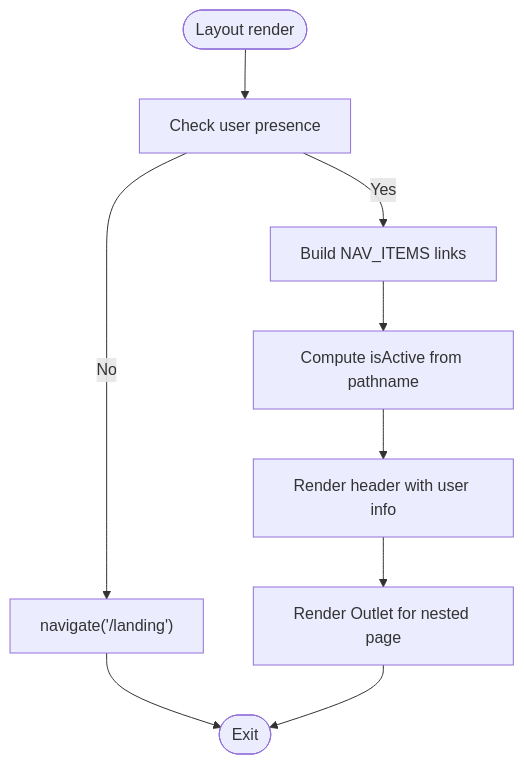
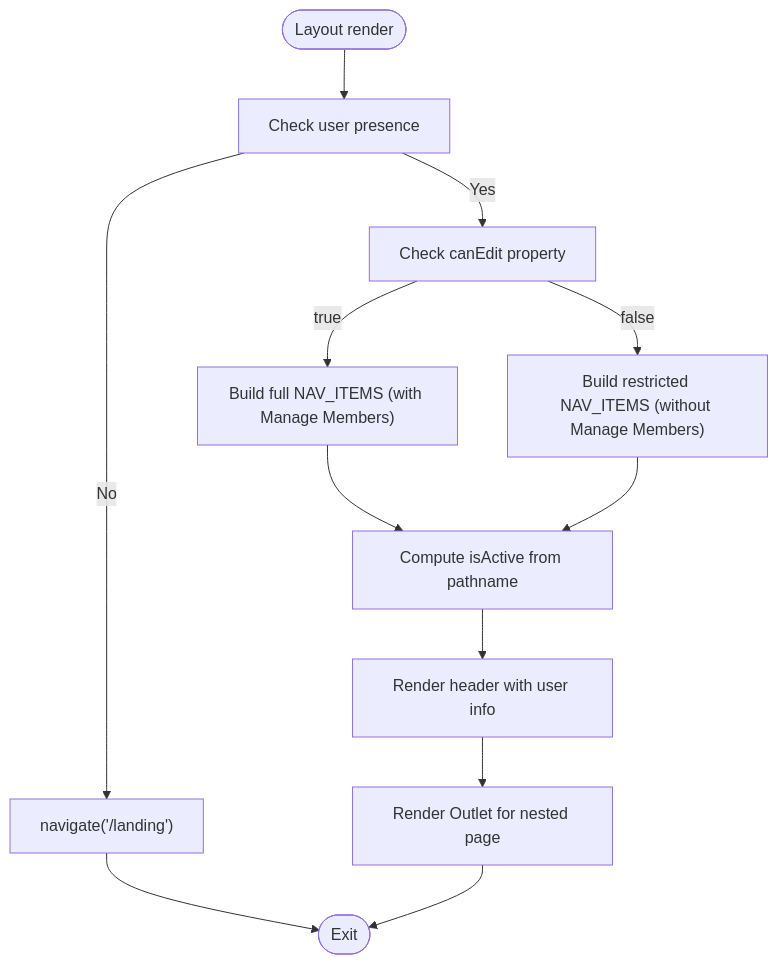
Before and after one commit to netdaniel/serveflow: the third of 5 diagrams in .qoder/repowiki/en/content/Component Architecture/Layout System.md, drawn with Mermaid. The commit also changed other lines of this file and 15 other files, not shown here.

````diff
--- a/.qoder/repowiki/en/content/Component Architecture/Layout System.md
+++ b/.qoder/repowiki/en/content/Component Architecture/Layout System.md
@@ -160,11 +176,14 @@
 ```mermaid
 flowchart TD
 Start(["Layout render"]) --> CheckUser["Check user presence"]
 CheckUser --> |No| Redirect["navigate('/landing')"]
-CheckUser --> |Yes| BuildNav["Build NAV_ITEMS links"]
-BuildNav --> ActiveState["Compute isActive from pathname"]
+CheckUser --> |Yes| CheckRole["Check canEdit property"]
+CheckRole --> |true| BuildFullNav["Build full NAV_ITEMS (with Manage Members)"]
+CheckRole --> |false| BuildRestrictedNav["Build restricted NAV_ITEMS (without Manage Members)"]
+BuildFullNav --> ActiveState["Compute isActive from pathname"]
+BuildRestrictedNav --> ActiveState
 ActiveState --> RenderHeader["Render header with user info"]
 RenderHeader --> RenderOutlet["Render Outlet for nested page"]
 Redirect --> End(["Exit"])
 RenderOutlet --> End
 ```
````
